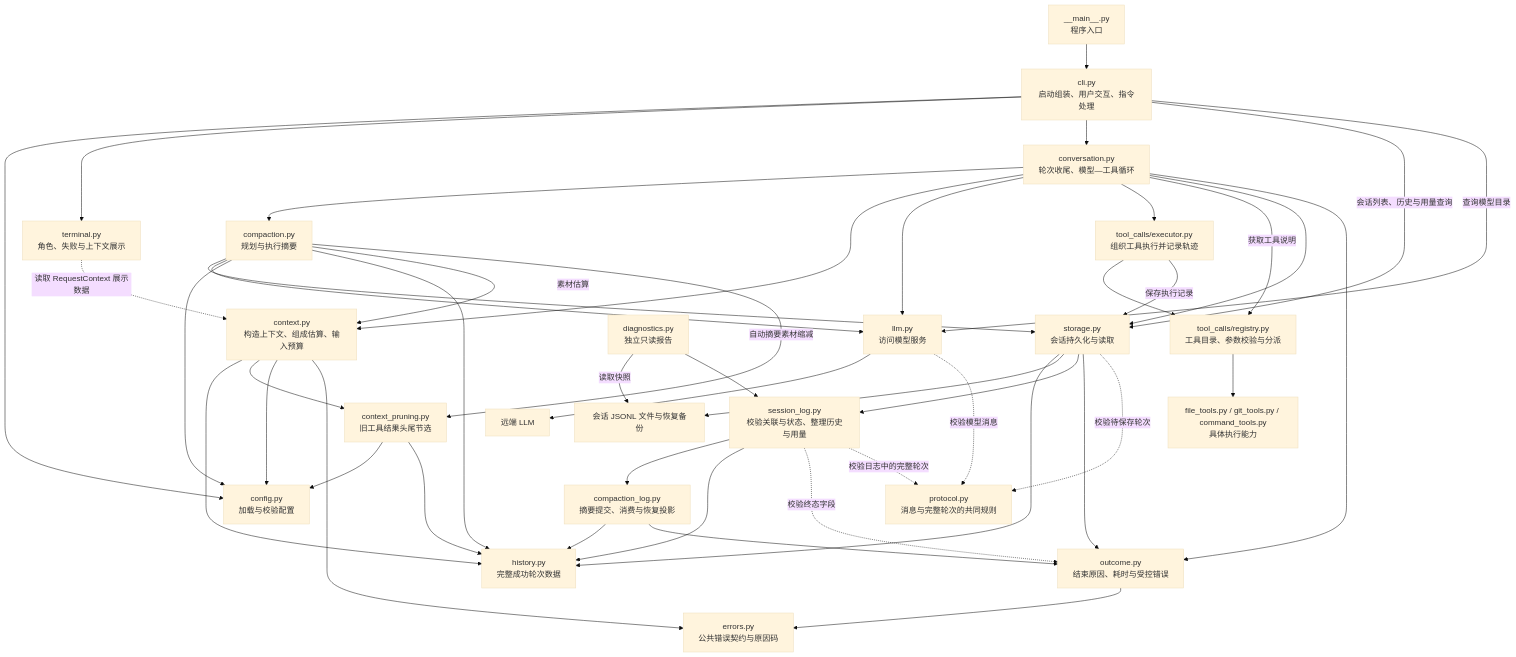
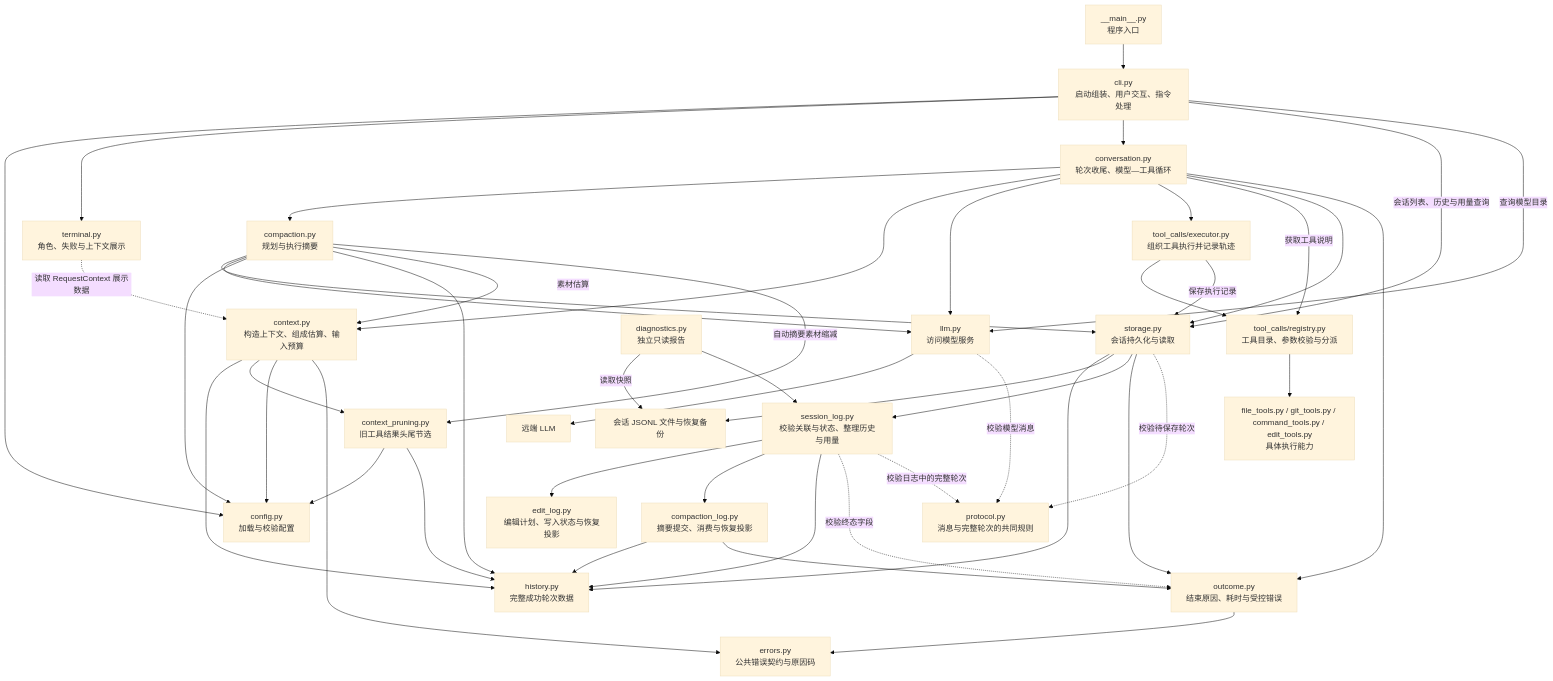
One commit to Plvltra/AdamAgent changed the first of 3 diagrams in docs/architecture.md. Above: the diagram before and after it, drawn with Mermaid (base theme). The commit also changed other lines of this file and 22 other files, not shown here.

````diff
--- a/docs/architecture.md
+++ b/docs/architecture.md
@@ -15,51 +15,52 @@
 ```mermaid
 flowchart TD
     ENTRY["__main__.py<br/>程序入口"] --> CLI["cli.py<br/>启动组装、用户交互、指令处理"]
     CLI --> CONFIG["config.py<br/>加载与校验配置"]
     CLI --> TERMINAL["terminal.py<br/>角色、失败与上下文展示"]
     CLI --> CONV["conversation.py<br/>轮次收尾、模型—工具循环"]
     CLI -->|"会话列表、历史与用量查询"| STORE["storage.py<br/>会话持久化与读取"]
 
     CONV --> COMPACT["compaction.py<br/>规划与执行摘要"]
     COMPACT --> STORE
     COMPACT --> LLM
     COMPACT --> CONFIG
     COMPACT --> HISTORY
     COMPACT -->|"素材估算"| CONTEXT
     COMPACT -->|"自动摘要素材缩减"| PRUNE
+    LOG --> EDITLOG["edit_log.py<br/>编辑计划、写入状态与恢复投影"]
     LOG --> CLOG["compaction_log.py<br/>摘要提交、消费与恢复投影"]
     CLOG --> HISTORY
     CLOG --> OUTCOME
     CONV --> CONTEXT["context.py<br/>构造上下文、组成估算、输入预算"]
     CONTEXT --> HISTORY["history.py<br/>完整成功轮次数据"]
     STORE --> HISTORY
     LOG --> HISTORY
     CONTEXT --> PRUNE["context_pruning.py<br/>旧工具结果头尾节选"]
     PRUNE --> CONFIG
     PRUNE --> HISTORY
     CONTEXT --> CONFIG
     CONTEXT --> ERROR
     TERMINAL -.->|"读取 RequestContext 展示数据"| CONTEXT
     CONV --> LLM["llm.py<br/>访问模型服务"]
     CLI -->|"查询模型目录"| LLM
     LLM --> API["远端 LLM"]
     CONV --> EXEC["tool_calls/executor.py<br/>组织工具执行并记录轨迹"]
     CONV -->|"获取工具说明"| REG["tool_calls/registry.py<br/>工具目录、参数校验与分派"]
     EXEC --> REG
-    REG --> TOOLS["file_tools.py / git_tools.py / command_tools.py<br/>具体执行能力"]
+    REG --> TOOLS["file_tools.py / git_tools.py / command_tools.py / edit_tools.py<br/>具体执行能力"]
 
     CONV --> STORE
     EXEC -->|"保存执行记录"| STORE
     STORE --> FILE["会话 JSONL 文件与恢复备份"]
     DIAG["diagnostics.py<br/>独立只读报告"] -->|读取快照| FILE
     DIAG --> LOG
     STORE --> LOG["session_log.py<br/>校验关联与状态、整理历史与用量"]
     CONV --> OUTCOME["outcome.py<br/>结束原因、耗时与受控错误"]
     STORE --> OUTCOME
     LOG -.->|"校验终态字段"| OUTCOME
     OUTCOME --> ERROR["errors.py<br/>公共错误契约与原因码"]
 
     LLM -.->|"校验模型消息"| PROTOCOL["protocol.py<br/>消息与完整轮次的共同规则"]
     STORE -.->|"校验待保存轮次"| PROTOCOL
     LOG -.->|"校验日志中的完整轮次"| PROTOCOL
 ```
````
